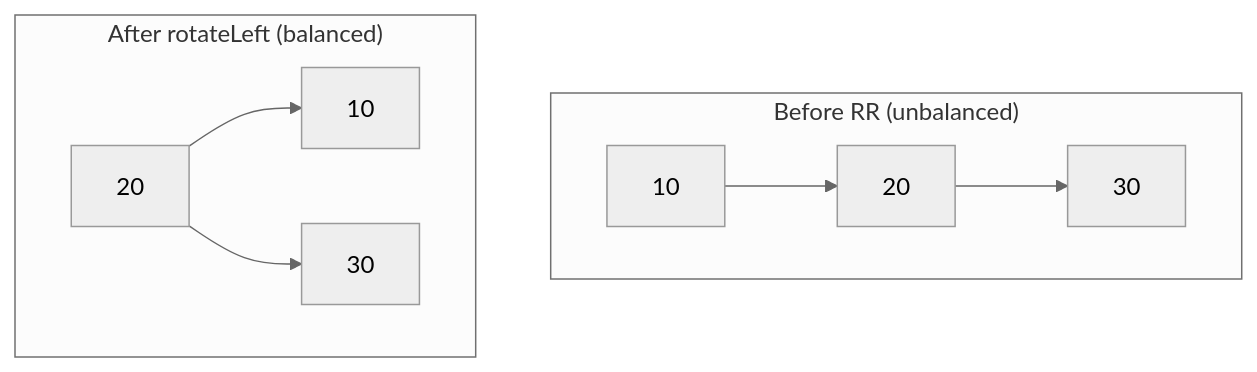
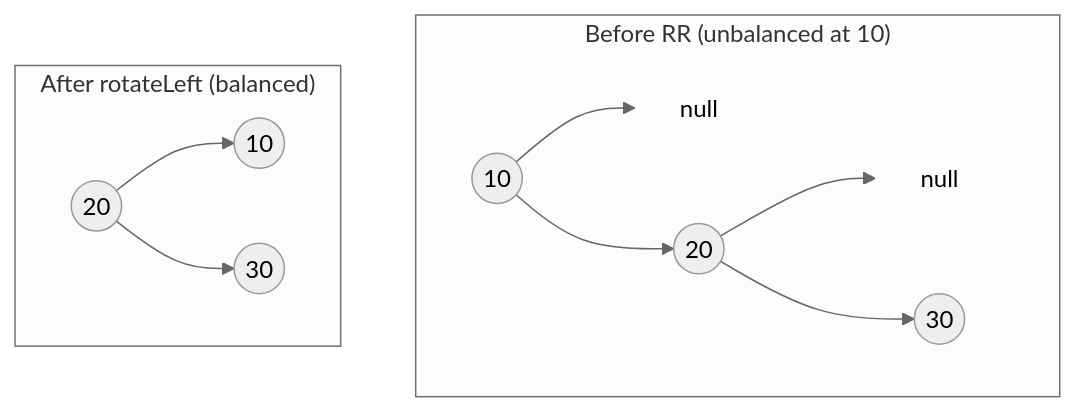
Before and after one commit to Hike-12/CCP: the diagram in practical_exam/q9_avl_tree.md, drawn with Mermaid (neutral theme). The commit also changed other lines of this file and 17 other files, not shown here.

````diff
--- a/practical_exam/q9_avl_tree.md
+++ b/practical_exam/q9_avl_tree.md
@@ -69,11 +114,16 @@
 ```mermaid
 graph TD
-    subgraph "Before RR (unbalanced)"
-    U10[10] --> U20[20]
-    U20 --> U30[30]
+    subgraph "Before RR (unbalanced at 10)"
+    U10((10)) --> null1[null]
+    style null1 fill:none,stroke:none,color:none
+    U10 --> U20((20))
+    U20 --> null2[null]
+    style null2 fill:none,stroke:none,color:none
+    U20 --> U30((30))
     end
+    
     subgraph "After rotateLeft (balanced)"
-    B20[20] --> B10[10]
-    B20 --> B30[30]
+    B20((20)) --> B10((10))
+    B20 --> B30((30))
     end
 ```
````
